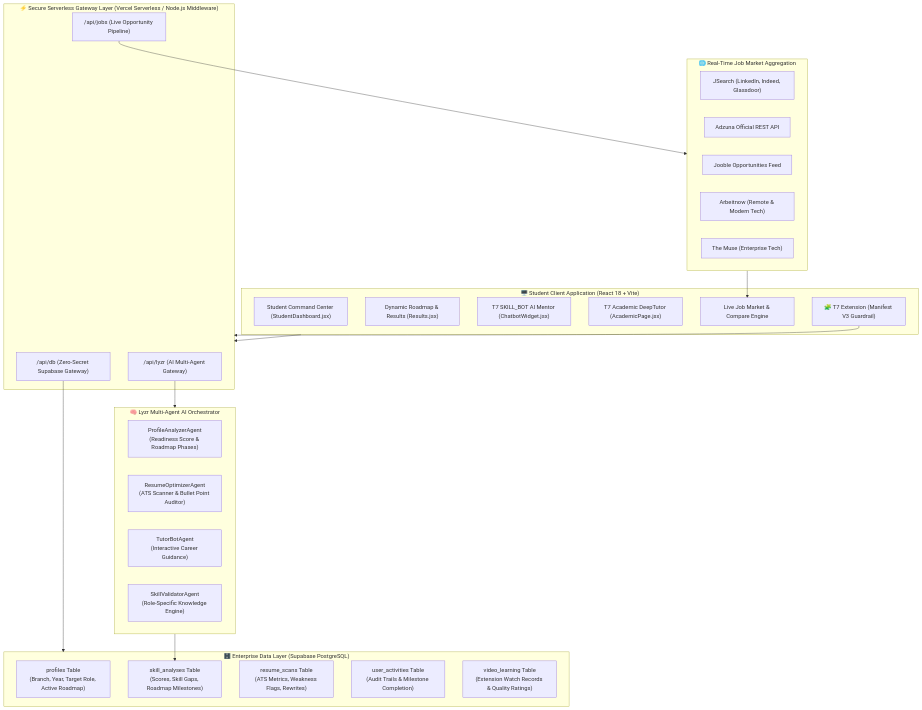
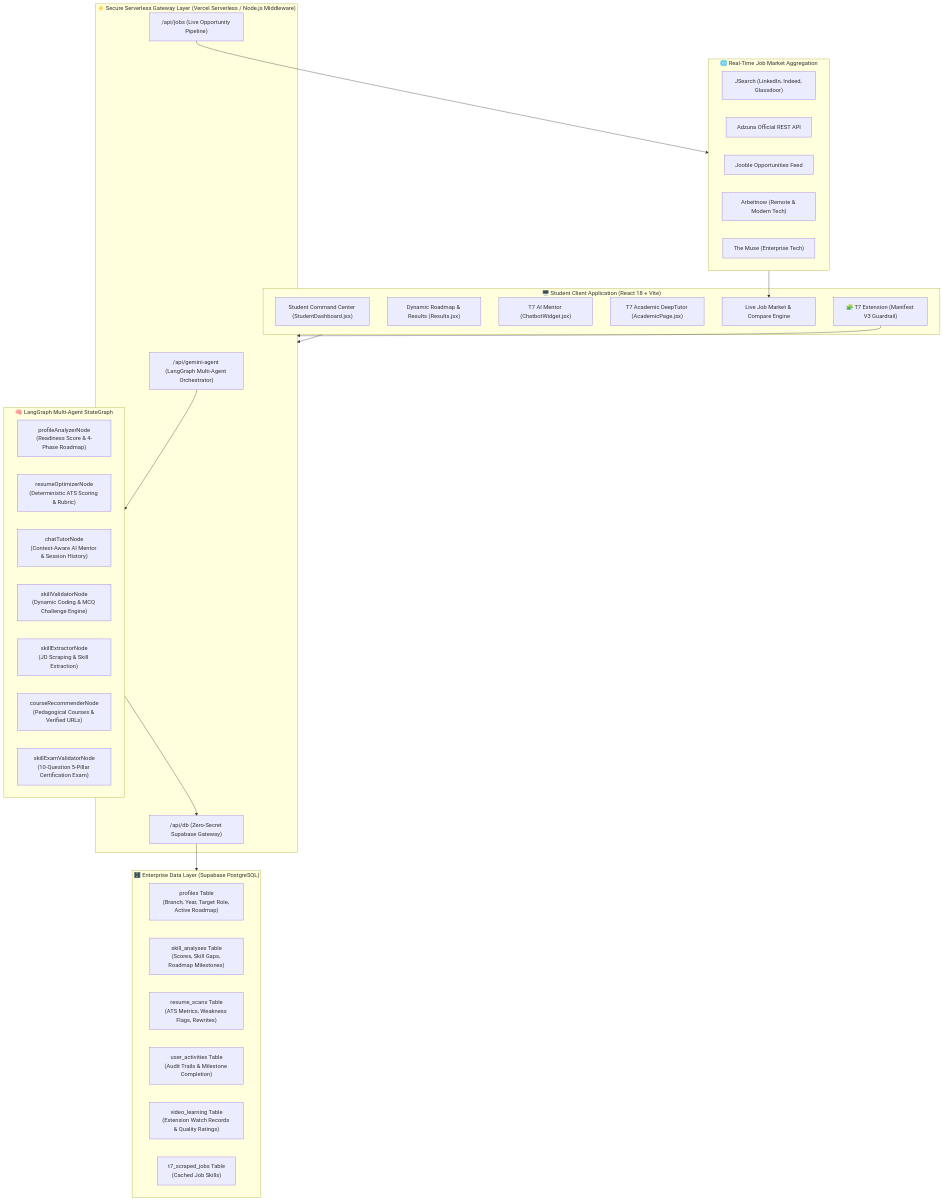
The diagram in README.md (BLITZz-bot/T7_LearningHub), drawn with Mermaid before and after one commit. The commit also changed other lines of this file and 9 other files, not shown here.

Commit message:
docs & refactor: update documentation to LangChain & LangGraph architecture, clean up legacy Lyzr references and redundant markdown files

````diff
--- a/README.md
+++ b/README.md
@@ -48,50 +49,54 @@
 ```mermaid
 flowchart TB
     subgraph Client["🖥️ Student Client Application (React 18 + Vite)"]
         Dashboard["Student Command Center (StudentDashboard.jsx)"]
         RoadmapView["Dynamic Roadmap & Results (Results.jsx)"]
-        TutorBot["T7 SKILL_BOT AI Mentor (ChatbotWidget.jsx)"]
+        TutorBot["T7 AI Mentor (ChatbotWidget.jsx)"]
         AcademicTutor["T7 Academic DeepTutor (AcademicPage.jsx)"]
         JobMarketUI["Live Job Market & Compare Engine"]
         ChromeExt["🧩 T7 Extension (Manifest V3 Guardrail)"]
     end
 
     subgraph Gateway["⚡ Secure Serverless Gateway Layer (Vercel Serverless / Node.js Middleware)"]
-        LyzrProxy["/api/lyzr (AI Multi-Agent Gateway)"]
+        AgentProxy["/api/gemini-agent (LangGraph Multi-Agent Orchestrator)"]
         DbProxy["/api/db (Zero-Secret Supabase Gateway)"]
         JobProxy["/api/jobs (Live Opportunity Pipeline)"]
     end
 
-    subgraph AI_Core["🧠 Lyzr Multi-Agent AI Orchestrator"]
-        AgentProfile["ProfileAnalyzerAgent\n(Readiness Score & Roadmap Phases)"]
-        AgentResume["ResumeOptimizerAgent\n(ATS Scanner & Bullet Point Auditor)"]
-        AgentTutor["TutorBotAgent\n(Interactive Career Guidance)"]
-        AgentValidator["SkillValidatorAgent\n(Role-Specific Knowledge Engine)"]
+    subgraph AI_Core["🧠 LangGraph Multi-Agent StateGraph"]
+        AgentProfile["profileAnalyzerNode\n(Readiness Score & 4-Phase Roadmap)"]
+        AgentResume["resumeOptimizerNode\n(Deterministic ATS Scoring & Rubric)"]
+        AgentTutor["chatTutorNode\n(Context-Aware AI Mentor & Session History)"]
+        AgentValidator["skillValidatorNode\n(Dynamic Coding & MCQ Challenge Engine)"]
+        AgentExtractor["skillExtractorNode\n(JD Scraping & Skill Extraction)"]
+        AgentRecommender["courseRecommenderNode\n(Pedagogical Courses & Verified URLs)"]
+        AgentExam["skillExamValidatorNode\n(10-Question 5-Pillar Certification Exam)"]
     end
 
     subgraph Job_Pipelines["🌐 Real-Time Job Market Aggregation"]
         JSearch["JSearch (LinkedIn, Indeed, Glassdoor)"]
         Adzuna["Adzuna Official REST API"]
         Jooble["Jooble Opportunities Feed"]
         Arbeitnow["Arbeitnow (Remote & Modern Tech)"]
         TheMuse["The Muse (Enterprise Tech)"]
     end
 
     subgraph Persistence["🗄️ Enterprise Data Layer (Supabase PostgreSQL)"]
         Profiles["profiles Table\n(Branch, Year, Target Role, Active Roadmap)"]
         Analyses["skill_analyses Table\n(Scores, Skill Gaps, Roadmap Milestones)"]
         ResumeScans["resume_scans Table\n(ATS Metrics, Weakness Flags, Rewrites)"]
         Activities["user_activities Table\n(Audit Trails & Milestone Completion)"]
         VideoSync["video_learning Table\n(Extension Watch Records & Quality Ratings)"]
+        ScrapedJobs["t7_scraped_jobs Table\n(Cached Job Skills)"]
     end
 
     Client --> Gateway
     ChromeExt --> Gateway
 
-    LyzrProxy --> AI_Core
+    AgentProxy --> AI_Core
     DbProxy --> Persistence
     JobProxy --> Job_Pipelines
 
-    AI_Core --> Analyses
+    AI_Core --> DbProxy
     Job_Pipelines --> JobMarketUI
 ```
````
